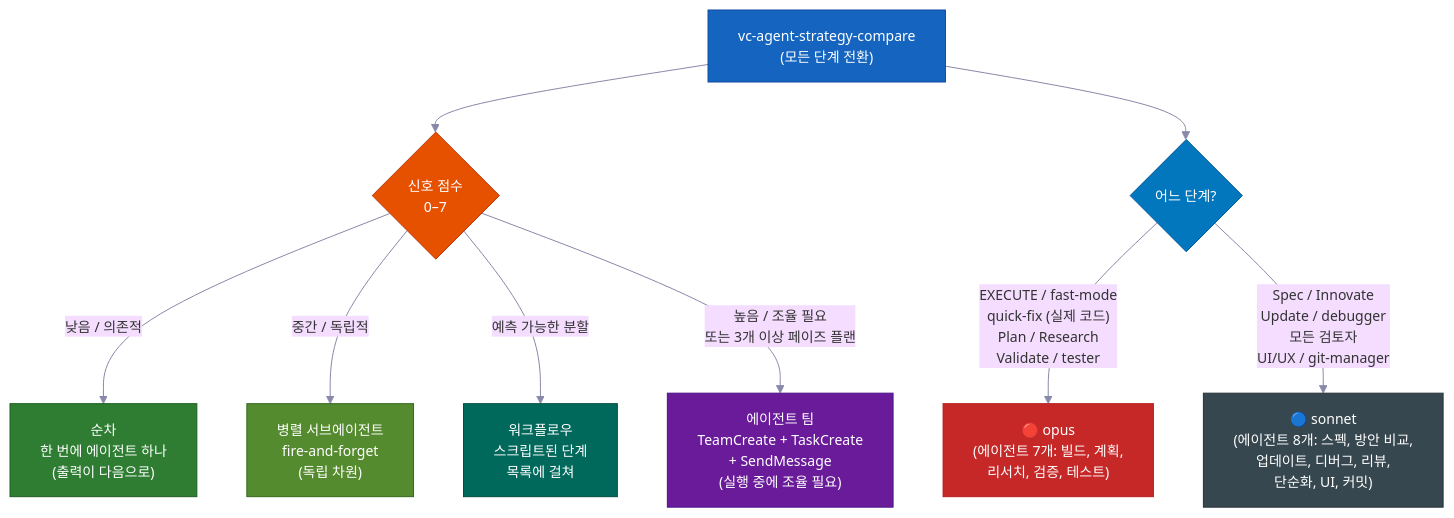
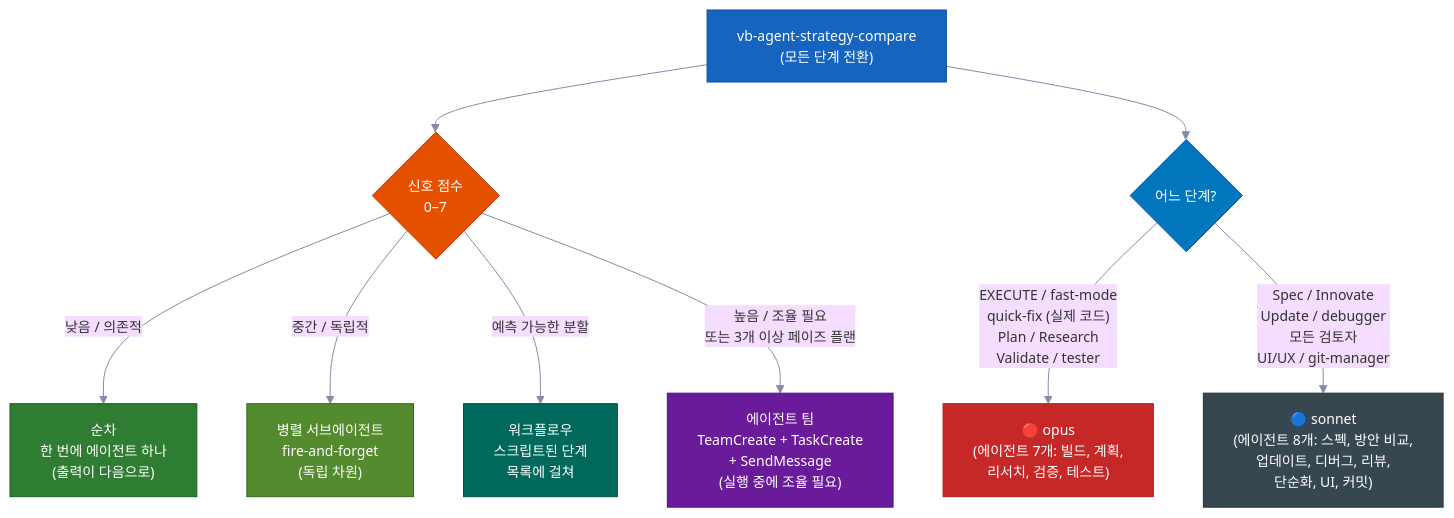
The seventh of 14 diagrams in docs/i18n/README.ko-KR.md (Tomwakeupat530amm/vibebelt-kit), drawn with Mermaid before and after one commit. The commit also changed other lines of this file and 646 other files, not shown here.

````diff
--- a/docs/i18n/README.ko-KR.md
+++ b/docs/i18n/README.ko-KR.md
@@ -845,32 +845,32 @@
 ```mermaid
 %%{init: {'theme': 'base', 'themeVariables': {'fontSize': '14px', 'lineColor': '#8888AA'}} }%%
 flowchart TD
-    SS["vc-agent-strategy-compare\n(모든 단계 전환)"]
+    SS["vb-agent-strategy-compare\n(모든 단계 전환)"]
     SC{"신호 점수\n0–7"}
     SEQ["순차\n한 번에 에이전트 하나\n(출력이 다음으로)"]
     PAR["병렬 서브에이전트\nfire-and-forget\n(독립 차원)"]
     WF["워크플로우\n스크립트된 단계\n목록에 걸쳐"]
     TEAM["에이전트 팀\nTeamCreate + TaskCreate\n+ SendMessage\n(실행 중에 조율 필요)"]
     MC{"어느 단계?"}
     OPUS["🔴 opus\n(에이전트 7개: 빌드, 계획,\n리서치, 검증, 테스트)"]
     SONNET["🔵 sonnet\n(에이전트 8개: 스펙, 방안 비교,\n업데이트, 디버그, 리뷰,\n단순화, UI, 커밋)"]
 
     SS --> SC
     SC -->|"낮음 / 의존적"| SEQ
     SC -->|"중간 / 독립적"| PAR
     SC -->|"예측 가능한 분할"| WF
     SC -->|"높음 / 조율 필요\n또는 3개 이상 페이즈 플랜"| TEAM
     SS --> MC
     MC -->|"EXECUTE / fast-mode\nquick-fix (실제 코드)\nPlan / Research\nValidate / tester"| OPUS
     MC -->|"Spec / Innovate\nUpdate / debugger\n모든 검토자\nUI/UX / git-manager"| SONNET
 
     style SS fill:#1565C0,stroke:#0D47A1,color:#FFFFFF
     style SC fill:#E65100,stroke:#BF360C,color:#FFFFFF
     style SEQ fill:#2E7D32,stroke:#1B5E20,color:#FFFFFF
     style PAR fill:#558B2F,stroke:#33691E,color:#FFFFFF
     style WF fill:#00695C,stroke:#004D40,color:#FFFFFF
     style TEAM fill:#6A1B9A,stroke:#4A148C,color:#FFFFFF
     style MC fill:#0277BD,stroke:#01579B,color:#FFFFFF
     style OPUS fill:#C62828,stroke:#B71C1C,color:#FFFFFF
     style SONNET fill:#37474F,stroke:#263238,color:#FFFFFF
 ```
````
